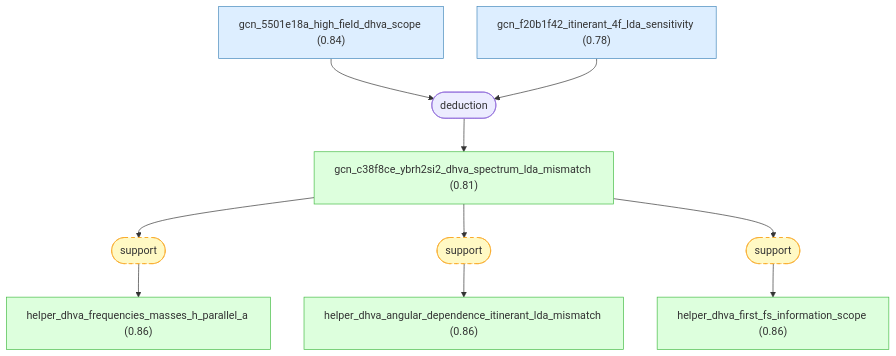
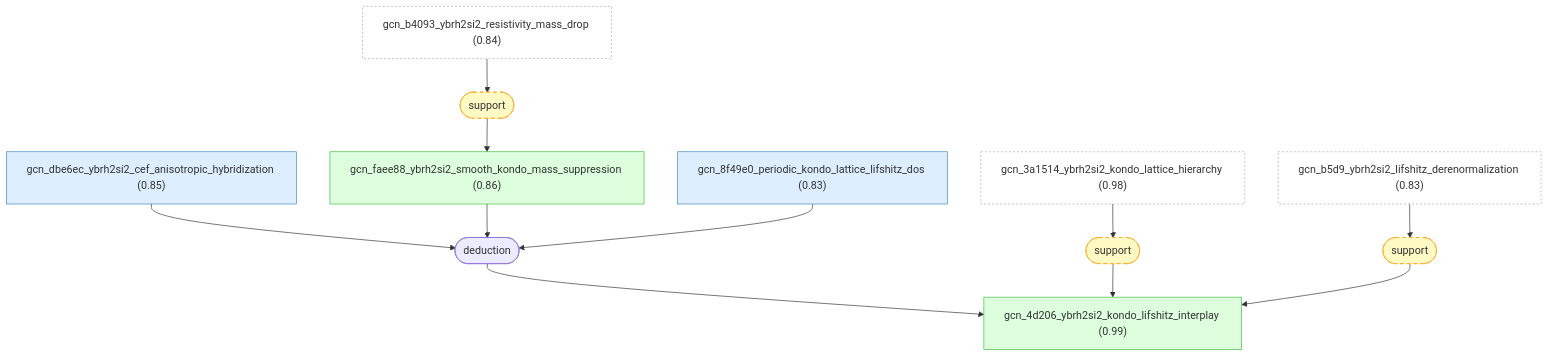
Before and after one commit to Callo42/fermi-liquid-effective-mass-gaia: the ninth of 13 diagrams in docs/detailed-reasoning.md, drawn with Mermaid. The commit also changed other lines of this file and 53 other files, not shown here.

First line of the commit message:
Regenerate Fermi graph from connected root

````diff
--- a/docs/detailed-reasoning.md
+++ b/docs/detailed-reasoning.md
@@ -1199,32 +956,34 @@
 ```mermaid
 graph TD
-    gcn_5501e18a_high_field_dhva_scope["gcn_5501e18a_high_field_dhva_scope (0.84)"]:::premise
-    gcn_f20b1f42_itinerant_4f_lda_sensitivity["gcn_f20b1f42_itinerant_4f_lda_sensitivity (0.78)"]:::premise
-    gcn_c38f8ce_ybrh2si2_dhva_spectrum_lda_mismatch["gcn_c38f8ce_ybrh2si2_dhva_spectrum_lda_mismatch (0.81)"]:::derived
-    helper_dhva_frequencies_masses_h_parallel_a["helper_dhva_frequencies_masses_h_parallel_a (0.86)"]:::derived
-    helper_dhva_angular_dependence_itinerant_lda_mismatch["helper_dhva_angular_dependence_itinerant_lda_mismatch (0.86)"]:::derived
-    helper_dhva_first_fs_information_scope["helper_dhva_first_fs_information_scope (0.86)"]:::derived
-    strat_23(["deduction"])
-    gcn_5501e18a_high_field_dhva_scope --> strat_23
-    gcn_f20b1f42_itinerant_4f_lda_sensitivity --> strat_23
-    strat_23 --> gcn_c38f8ce_ybrh2si2_dhva_spectrum_lda_mismatch
+    gcn_b4093_ybrh2si2_resistivity_mass_drop["gcn_b4093_ybrh2si2_resistivity_mass_drop (0.84)"]:::external
+    gcn_3a1514_ybrh2si2_kondo_lattice_hierarchy["gcn_3a1514_ybrh2si2_kondo_lattice_hierarchy (0.98)"]:::external
+    gcn_dbe6ec_ybrh2si2_cef_anisotropic_hybridization["gcn_dbe6ec_ybrh2si2_cef_anisotropic_hybridization (0.85)"]:::premise
+    gcn_faee88_ybrh2si2_smooth_kondo_mass_suppression["gcn_faee88_ybrh2si2_smooth_kondo_mass_suppression (0.86)"]:::derived
+    gcn_8f49e0_periodic_kondo_lattice_lifshitz_dos["gcn_8f49e0_periodic_kondo_lattice_lifshitz_dos (0.83)"]:::premise
+    gcn_4d206_ybrh2si2_kondo_lifshitz_interplay["gcn_4d206_ybrh2si2_kondo_lifshitz_interplay (0.99)"]:::derived
+    gcn_b5d9_ybrh2si2_lifshitz_derenormalization["gcn_b5d9_ybrh2si2_lifshitz_derenormalization (0.83)"]:::external
+    strat_15(["deduction"])
+    gcn_dbe6ec_ybrh2si2_cef_anisotropic_hybridization --> strat_15
+    gcn_faee88_ybrh2si2_smooth_kondo_mass_suppression --> strat_15
+    gcn_8f49e0_periodic_kondo_lattice_lifshitz_dos --> strat_15
+    strat_15 --> gcn_4d206_ybrh2si2_kondo_lifshitz_interplay
     strat_24(["support"]):::weak
-    gcn_c38f8ce_ybrh2si2_dhva_spectrum_lda_mismatch --> strat_24
-    strat_24 --> helper_dhva_frequencies_masses_h_parallel_a
+    gcn_b4093_ybrh2si2_resistivity_mass_drop --> strat_24
+    strat_24 --> gcn_faee88_ybrh2si2_smooth_kondo_mass_suppression
     strat_25(["support"]):::weak
-    gcn_c38f8ce_ybrh2si2_dhva_spectrum_lda_mismatch --> strat_25
-    strat_25 --> helper_dhva_angular_dependence_itinerant_lda_mismatch
-    strat_26(["support"]):::weak
-    gcn_c38f8ce_ybrh2si2_dhva_spectrum_lda_mismatch --> strat_26
-    strat_26 --> helper_dhva_first_fs_information_scope
+    gcn_3a1514_ybrh2si2_kondo_lattice_hierarchy --> strat_25
+    strat_25 --> gcn_4d206_ybrh2si2_kondo_lifshitz_interplay
+    strat_27(["support"]):::weak
+    gcn_b5d9_ybrh2si2_lifshitz_derenormalization --> strat_27
+    strat_27 --> gcn_4d206_ybrh2si2_kondo_lifshitz_interplay
 
     classDef setting fill:#f0f0f0,stroke:#999,color:#333
     classDef premise fill:#ddeeff,stroke:#4488bb,color:#333
     classDef derived fill:#ddffdd,stroke:#44bb44,color:#333
     classDef question fill:#fff3dd,stroke:#cc9944,color:#333
     classDef background fill:#f5f5f5,stroke:#bbb,stroke-dasharray: 5 5,color:#333
     classDef orphan fill:#fff,stroke:#ccc,stroke-dasharray: 5 5,color:#333
     classDef external fill:#fff,stroke:#aaa,stroke-dasharray: 3 3,color:#333
     classDef weak fill:#fff9c4,stroke:#f9a825,stroke-dasharray: 5 5,color:#333
     classDef contra fill:#ffebee,stroke:#c62828,color:#333
 ```
````
